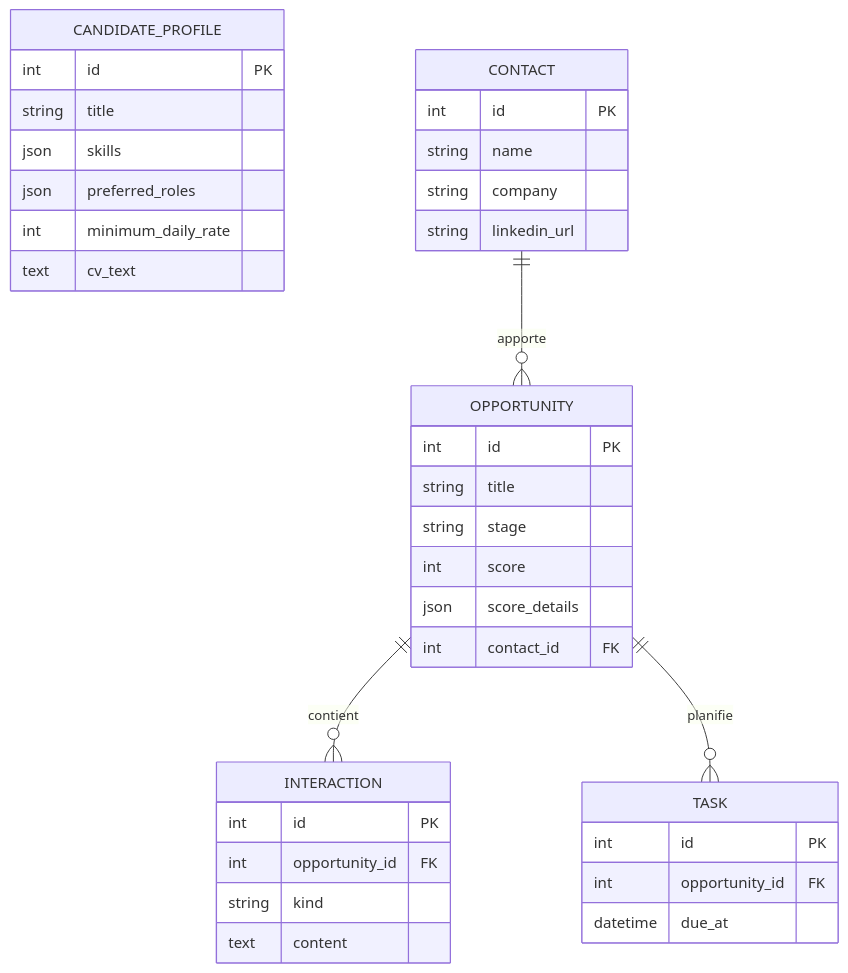
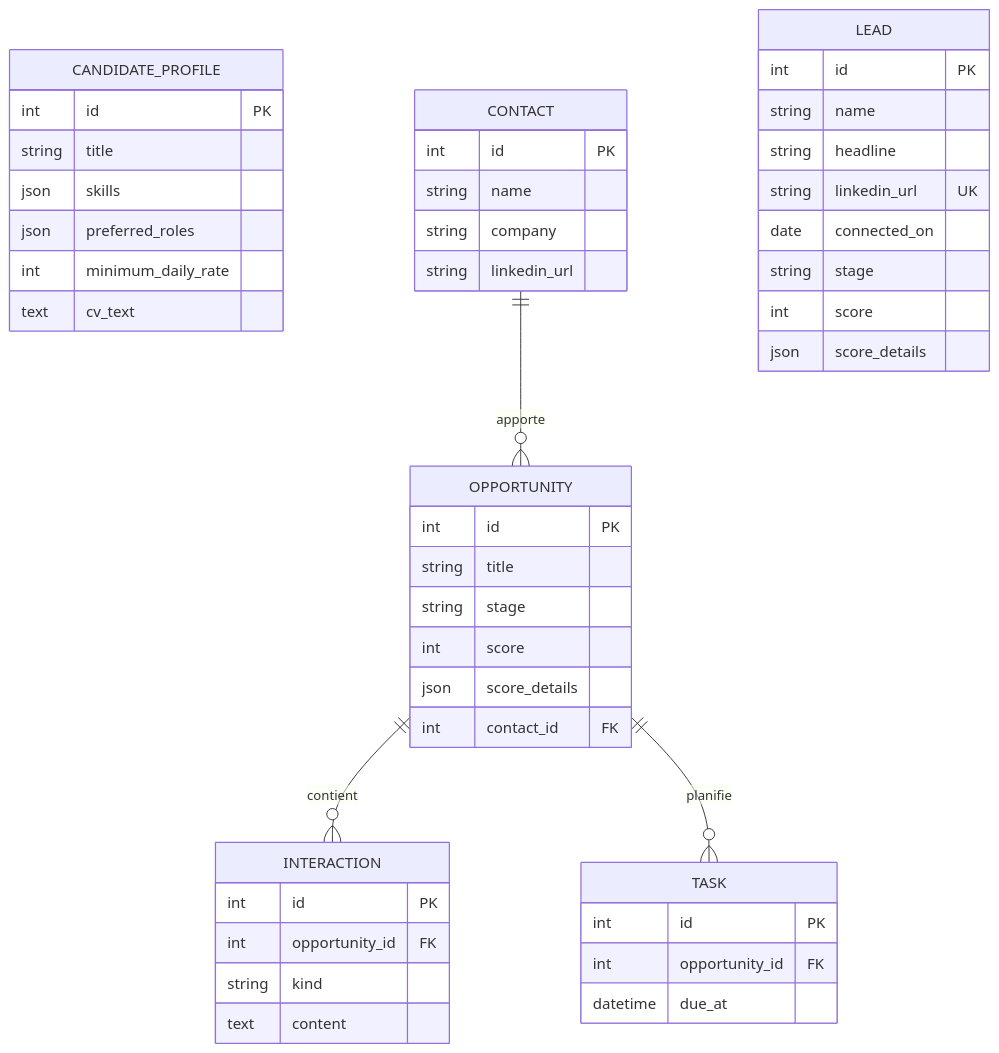
Before and after one commit to boubacar-osito/osito-ai-crm: the third of 3 diagrams in docs/architecture.md, drawn with Mermaid. The commit also changed other lines of this file and 8 other files, not shown here.

````diff
--- a/docs/architecture.md
+++ b/docs/architecture.md
@@ -77,39 +83,49 @@
 ```mermaid
 erDiagram
     CANDIDATE_PROFILE {
       int id PK
       string title
       json skills
       json preferred_roles
       int minimum_daily_rate
       text cv_text
     }
     CONTACT {
       int id PK
       string name
       string company
       string linkedin_url
+    }
+    LEAD {
+      int id PK
+      string name
+      string headline
+      string linkedin_url UK
+      date connected_on
+      string stage
+      int score
+      json score_details
     }
     OPPORTUNITY {
       int id PK
       string title
       string stage
       int score
       json score_details
       int contact_id FK
     }
     INTERACTION {
       int id PK
       int opportunity_id FK
       string kind
       text content
     }
     TASK {
       int id PK
       int opportunity_id FK
       datetime due_at
     }
     CONTACT ||--o{ OPPORTUNITY : apporte
     OPPORTUNITY ||--o{ INTERACTION : contient
     OPPORTUNITY ||--o{ TASK : planifie
 ```
````
